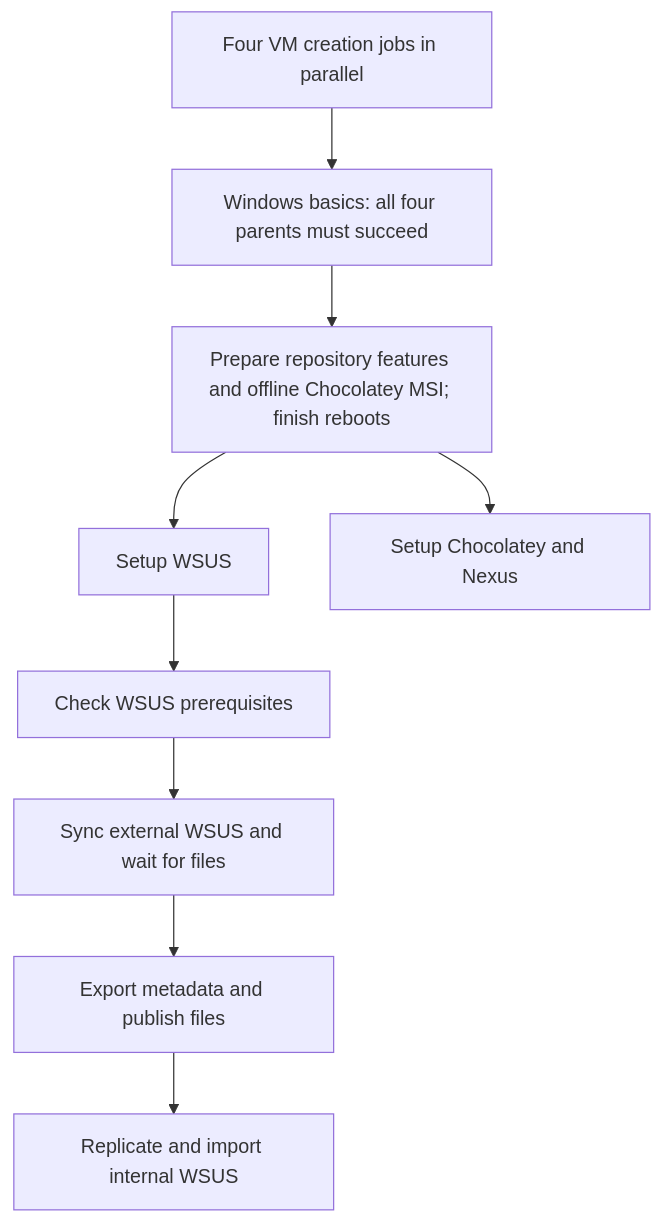
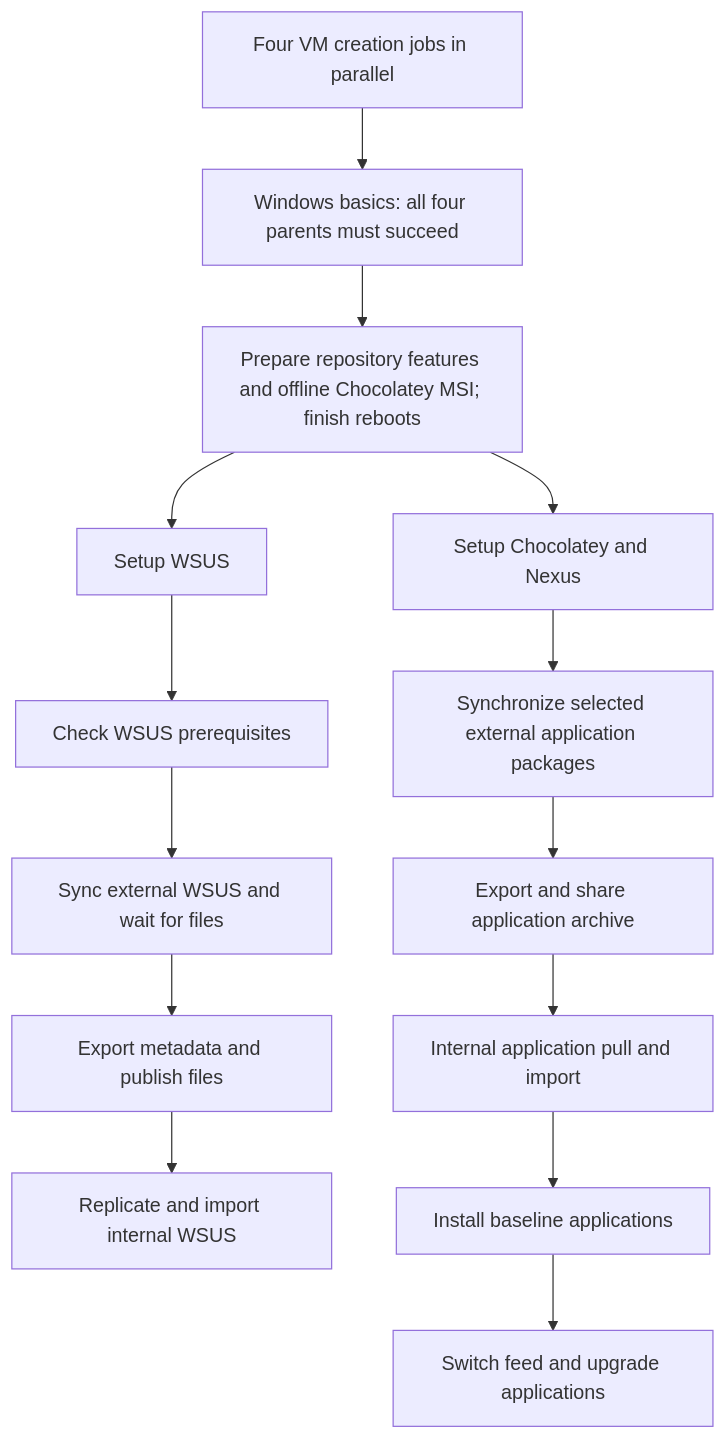
Before and after one commit to kvegh/disconnected-windows-patching: the diagram in docs/wsus-data-flow.md, drawn with Mermaid. The commit also changed other lines of this file and 24 other files, not shown here.

````diff
--- a/docs/wsus-data-flow.md
+++ b/docs/wsus-data-flow.md
@@ -23,11 +23,16 @@
 ```mermaid
 flowchart TD
   V[Four VM creation jobs in parallel] --> B[Windows basics: all four parents must succeed]
   B --> P[Prepare repository features and offline Chocolatey MSI; finish reboots]
   P --> W[Setup WSUS]
   P --> C[Setup Chocolatey and Nexus]
   W --> R[Check WSUS prerequisites]
   R --> S[Sync external WSUS and wait for files]
   S --> E[Export metadata and publish files]
   E --> I[Replicate and import internal WSUS]
+  C --> CS[Synchronize selected external application packages]
+  CS --> CE[Export and share application archive]
+  CE --> CI[Internal application pull and import]
+  CI --> CB[Install baseline applications]
+  CB --> CU[Switch feed and upgrade applications]
 ```
````
